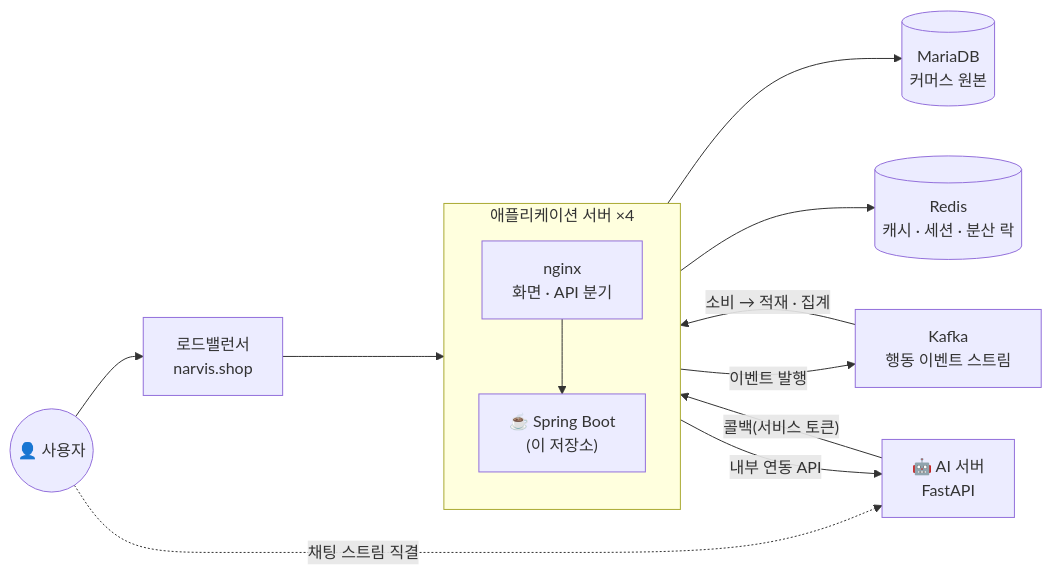
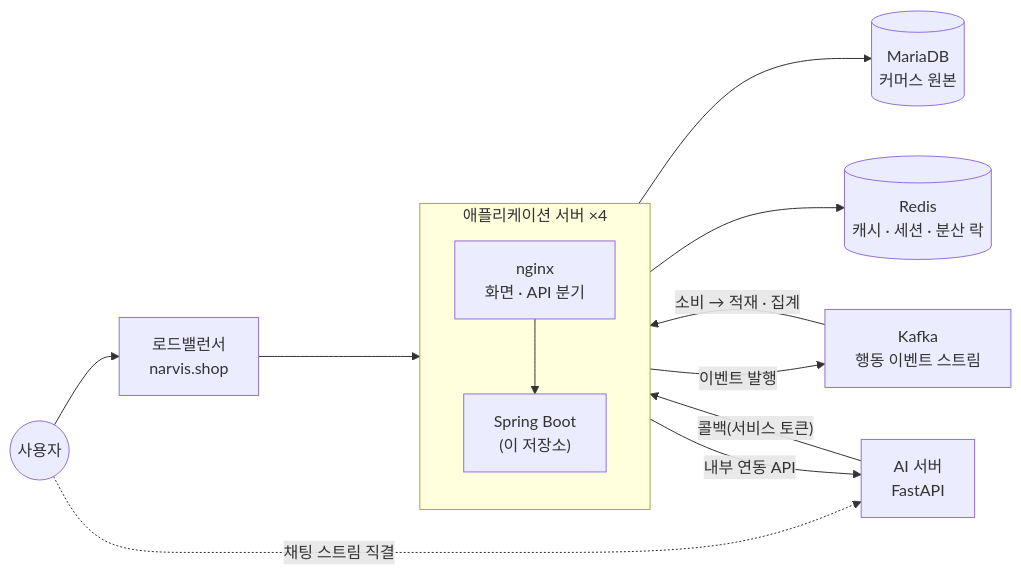
The diagram in final_project/jarvis-backend/README.md (albertjihyun/Hankyung-TossBank-Bootcamp), drawn with Mermaid before and after one commit. The commit also changed other lines of this file and 19 other files, not shown here.

````diff
--- a/final_project/jarvis-backend/README.md
+++ b/final_project/jarvis-backend/README.md
@@ -44,24 +51,24 @@
 ```mermaid
 flowchart LR
-    User(("👤 사용자"))
+    User(("사용자"))
     LB["로드밸런서<br/>narvis.shop"]
     subgraph APP["애플리케이션 서버 ×4"]
         direction TB
         Nginx["nginx<br/>화면 · API 분기"]
-        BE["☕ Spring Boot<br/>(이 저장소)"]
+        BE["Spring Boot<br/>(이 저장소)"]
         Nginx --> BE
     end
     DB[("MariaDB<br/>커머스 원본")]
     Redis[("Redis<br/>캐시 · 세션 · 분산 락")]
     Kafka["Kafka<br/>행동 이벤트 스트림"]
-    AI["🤖 AI 서버<br/>FastAPI"]
+    AI["AI 서버<br/>FastAPI"]
 
     User --> LB --> APP
     BE --> DB
     BE --> Redis
     BE -- "이벤트 발행" --> Kafka
     Kafka -- "소비 → 적재 · 집계" --> BE
     BE -- "내부 연동 API" --> AI
     AI -- "콜백(서비스 토큰)" --> BE
     User -. "채팅 스트림 직결" .-> AI
 ```
````
